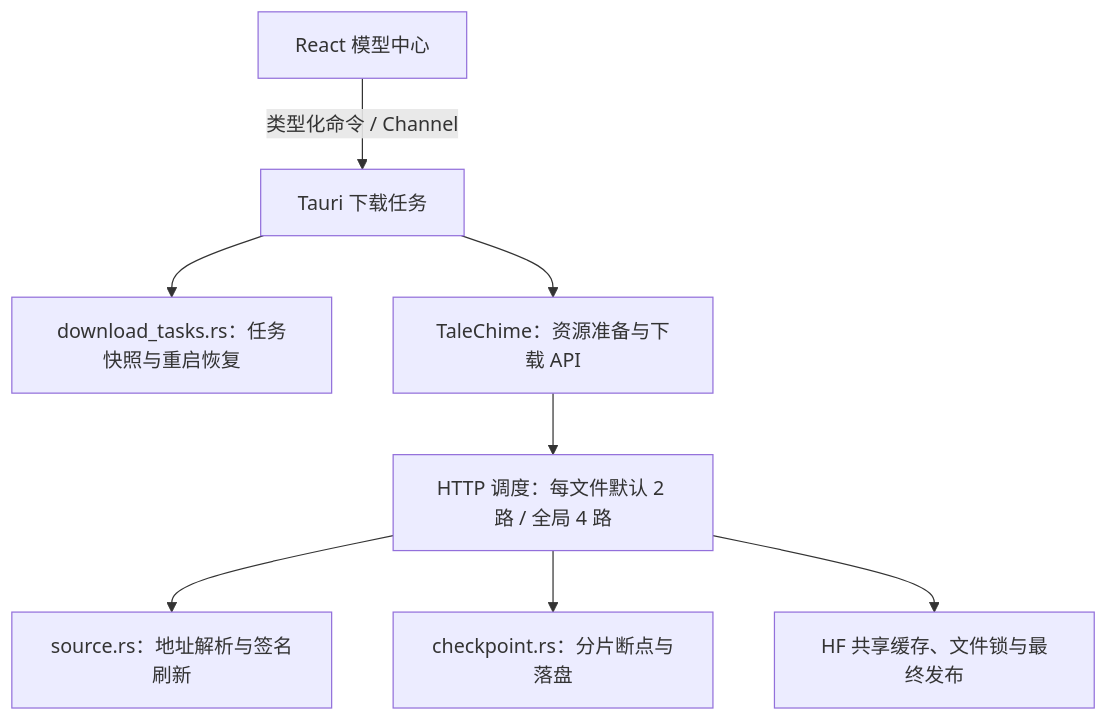
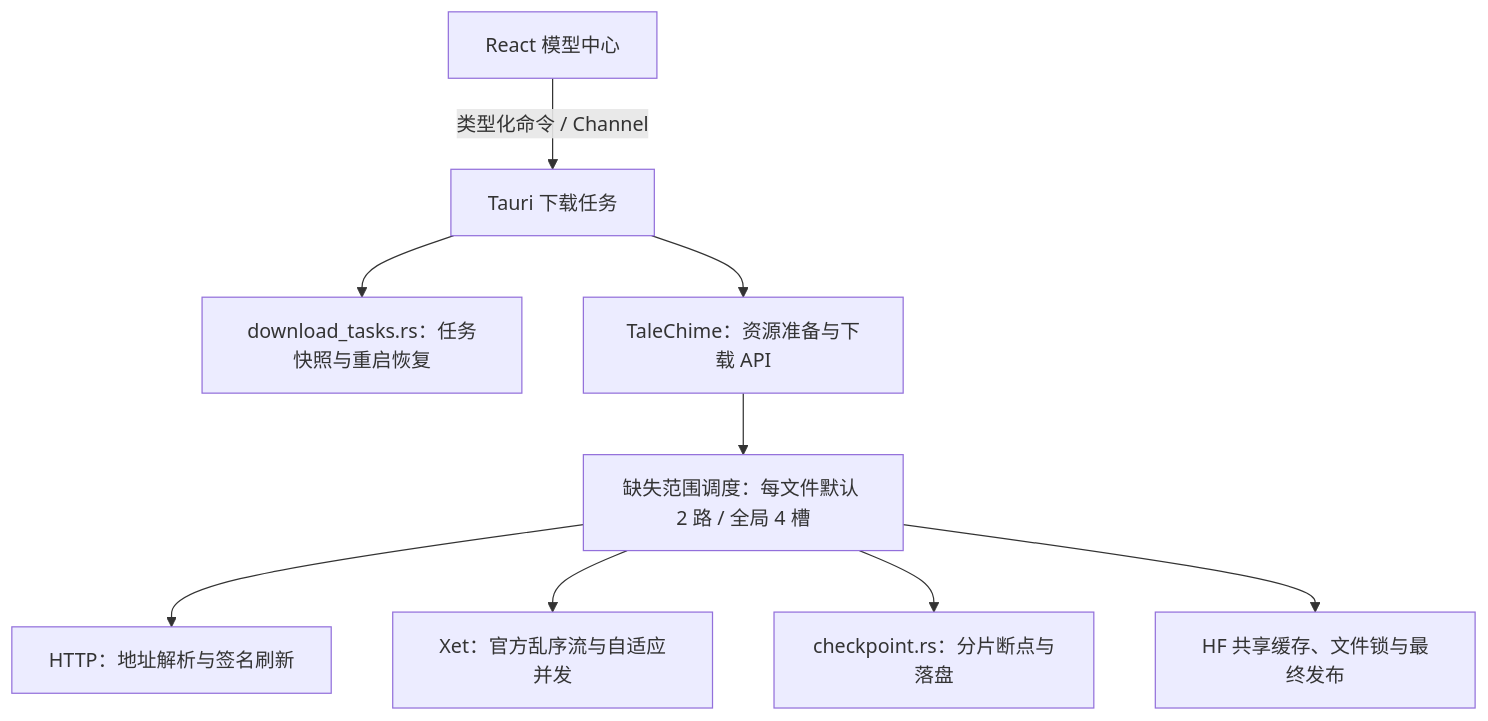
The diagram in docs/desktop-studio/download-task-design.md (yexiyue/castglean), drawn with Mermaid before and after one commit. The commit also changed other lines of this file and 5 other files, not shown here.

````diff
--- a/docs/desktop-studio/download-task-design.md
+++ b/docs/desktop-studio/download-task-design.md
@@ -7,10 +7,11 @@
 ```mermaid
 flowchart TD
   UI[React 模型中心] -->|类型化命令 / Channel| Host[Tauri 下载任务]
   Host --> Tasks[download_tasks.rs：任务快照与重启恢复]
   Host --> Engine[TaleChime：资源准备与下载 API]
-  Engine --> Scheduler[HTTP 调度：每文件默认 2 路 / 全局 4 路]
-  Scheduler --> Source[source.rs：地址解析与签名刷新]
+  Engine --> Scheduler[缺失范围调度：每文件默认 2 路 / 全局 4 槽]
+  Scheduler --> Source[HTTP：地址解析与签名刷新]
+  Scheduler --> Xet[Xet：官方乱序流与自适应并发]
   Scheduler --> Checkpoint[checkpoint.rs：分片断点与落盘]
   Scheduler --> Cache[HF 共享缓存、文件锁与最终发布]
 ```
````
